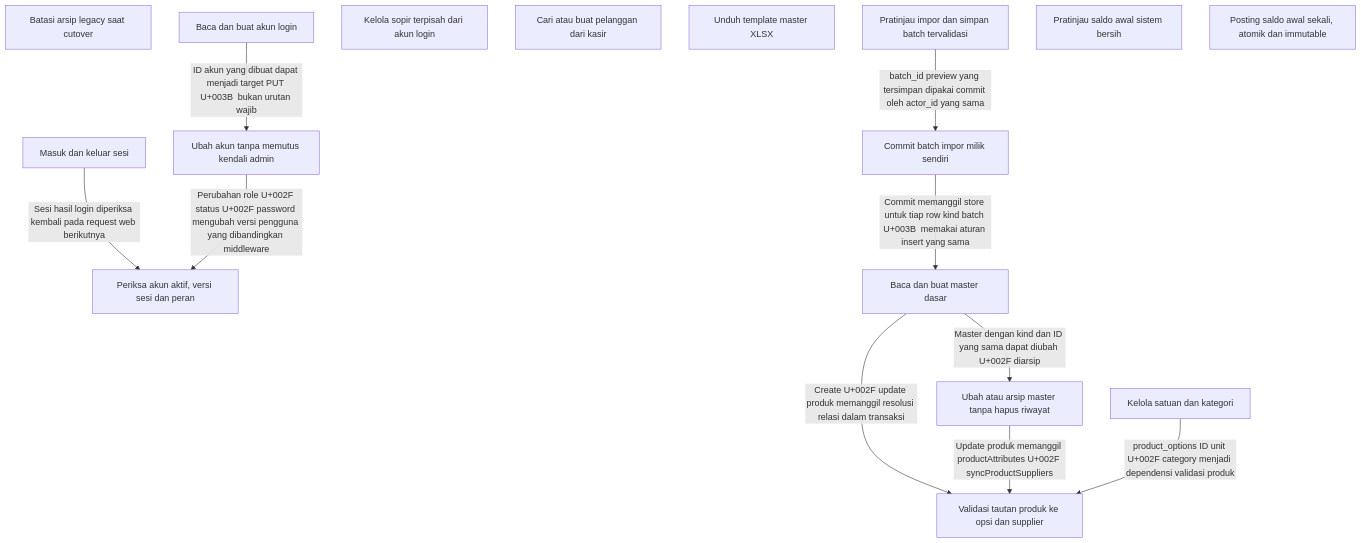
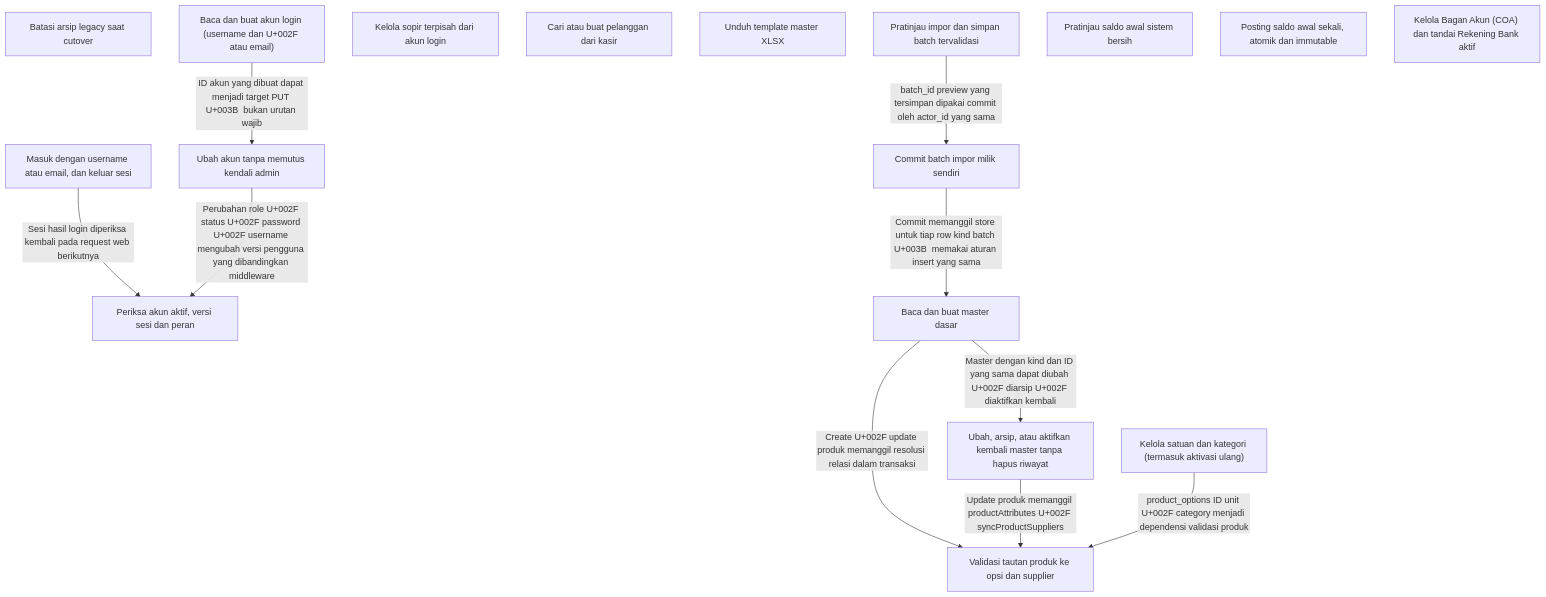
One commit to Bagas10k/kasir-bangunan changed the diagram in docx/modul/03-akses-master-awal.md. Above: the diagram before and after it, drawn with Mermaid. The commit also changed other lines of this file and 52 other files, not shown here.

````diff
--- a/docx/modul/03-akses-master-awal.md
+++ b/docx/modul/03-akses-master-awal.md
@@ -5,28 +5,29 @@
 ```mermaid
 flowchart TD
-    n_AM01["Masuk dan keluar sesi"]
+    n_AM01["Masuk dengan username atau email, dan keluar sesi"]
     n_AM02["Periksa akun aktif, versi sesi dan peran"]
     n_AM03["Batasi arsip legacy saat cutover"]
-    n_AM04["Baca dan buat akun login"]
+    n_AM04["Baca dan buat akun login (username dan U+002F atau email)"]
     n_AM05["Ubah akun tanpa memutus kendali admin"]
     n_AM06["Baca dan buat master dasar"]
-    n_AM07["Ubah atau arsip master tanpa hapus riwayat"]
-    n_AM08["Kelola satuan dan kategori"]
+    n_AM07["Ubah, arsip, atau aktifkan kembali master tanpa hapus riwayat"]
+    n_AM08["Kelola satuan dan kategori (termasuk aktivasi ulang)"]
     n_AM09["Kelola sopir terpisah dari akun login"]
     n_AM10["Validasi tautan produk ke opsi dan supplier"]
     n_AM11["Cari atau buat pelanggan dari kasir"]
     n_AM12["Unduh template master XLSX"]
     n_AM13["Pratinjau impor dan simpan batch tervalidasi"]
     n_AM14["Commit batch impor milik sendiri"]
     n_AM15["Pratinjau saldo awal sistem bersih"]
     n_AM16["Posting saldo awal sekali, atomik dan immutable"]
+    n_AM17["Kelola Bagan Akun (COA) dan tandai Rekening Bank aktif"]
     n_AM01 -->|"Sesi hasil login diperiksa kembali pada request web berikutnya"| n_AM02
     n_AM04 -->|"ID akun yang dibuat dapat menjadi target PUT U+003B  bukan urutan wajib"| n_AM05
-    n_AM05 -->|"Perubahan role U+002F status U+002F password mengubah versi pengguna yang dibandingkan middleware"| n_AM02
-    n_AM06 -->|"Master dengan kind dan ID yang sama dapat diubah U+002F diarsip"| n_AM07
+    n_AM05 -->|"Perubahan role U+002F status U+002F password U+002F username mengubah versi pengguna yang dibandingkan middleware"| n_AM02
+    n_AM06 -->|"Master dengan kind dan ID yang sama dapat diubah U+002F diarsip U+002F diaktifkan kembali"| n_AM07
     n_AM06 -->|"Create U+002F update produk memanggil resolusi relasi dalam transaksi"| n_AM10
     n_AM07 -->|"Update produk memanggil productAttributes U+002F syncProductSuppliers"| n_AM10
     n_AM08 -->|"product_options ID unit U+002F category menjadi dependensi validasi produk"| n_AM10
     n_AM13 -->|"batch_id preview yang tersimpan dipakai commit oleh actor_id yang sama"| n_AM14
     n_AM14 -->|"Commit memanggil store untuk tiap row kind batch U+003B  memakai aturan insert yang sama"| n_AM06
 ```
````
